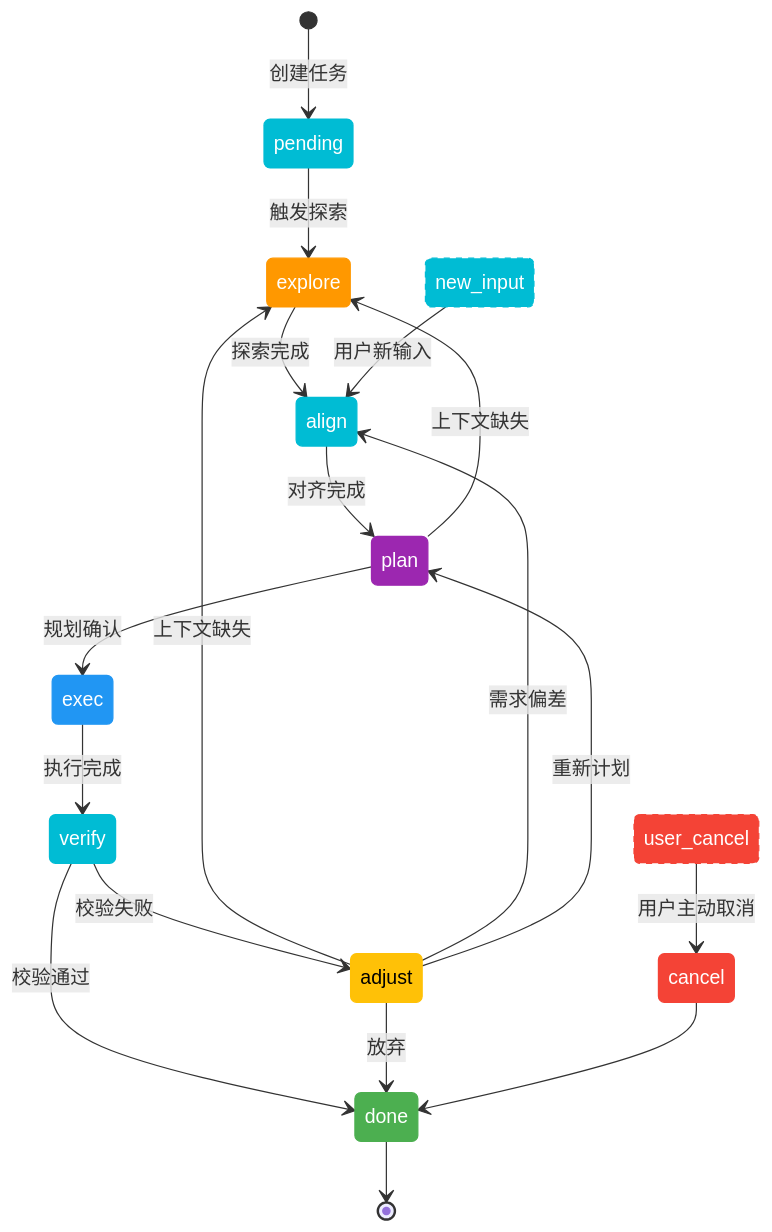
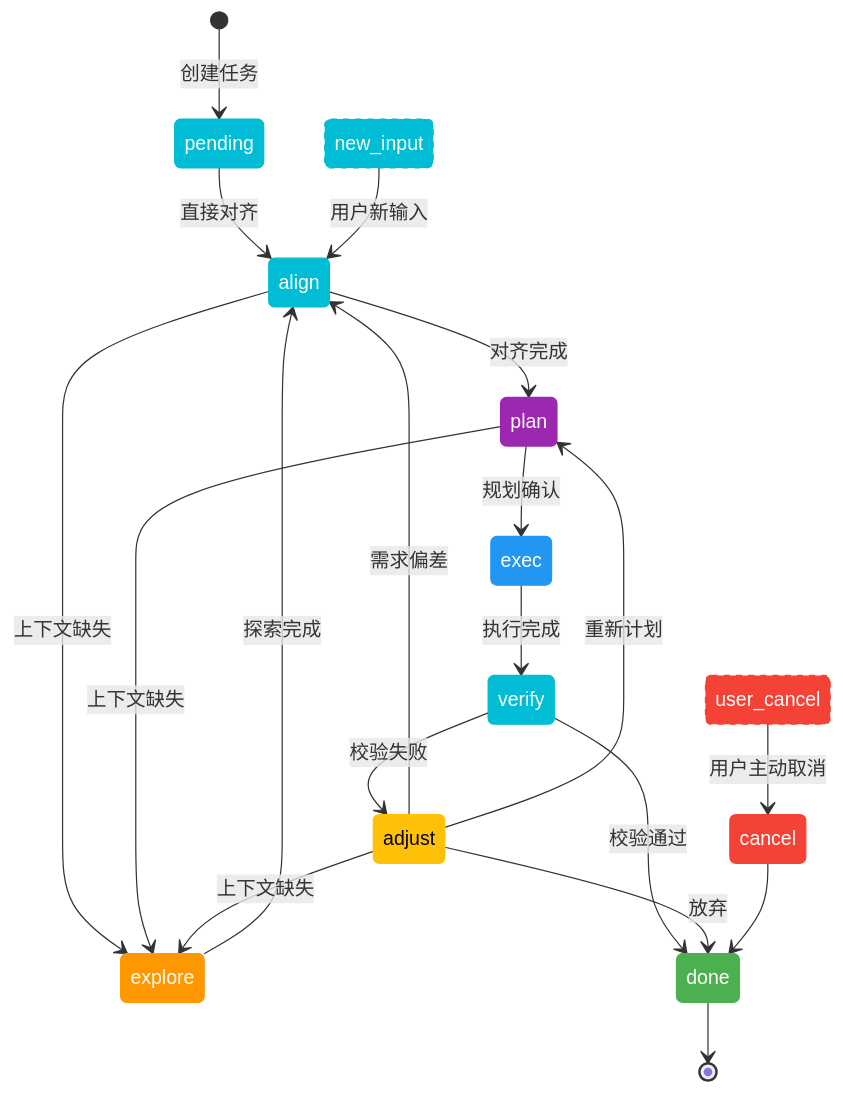
The diagram in plugins/tools/task/docs/状态管理.md (lazygophers/ccplugin), drawn with Mermaid before and after one commit. The commit also changed other lines of this file and 5 other files, not shown here.

````diff
--- a/plugins/tools/task/docs/状态管理.md
+++ b/plugins/tools/task/docs/状态管理.md
@@ -19,41 +19,42 @@
 ```mermaid
 stateDiagram-v2
     [*] --> pending: 创建任务
-    pending --> explore: 触发探索
+    pending --> align: 直接对齐
 
+    align --> explore: 上下文缺失
     explore --> align: 探索完成
 
     align --> plan: 对齐完成
 
     plan --> exec: 规划确认
     plan --> explore: 上下文缺失
 
     exec --> verify: 执行完成
 
     verify --> done: 校验通过
     verify --> adjust: 校验失败
 
     adjust --> explore: 上下文缺失
     adjust --> align: 需求偏差
     adjust --> plan: 重新计划
     adjust --> done: 放弃
 
     user_cancel --> cancel: 用户主动取消
     cancel --> done
 
     new_input --> align: 用户新输入
 
     done -->[*]
 
     style pending fill:#00BCD4,stroke:#00BCD4,color:#fff
     style explore fill:#FF9800,stroke:#FF9800,color:#fff
     style align fill:#00BCD4,stroke:#00BCD4,color:#fff
     style plan fill:#9C27B0,stroke:#9C27B0,color:#fff
     style exec fill:#2196F3,stroke:#2196F3,color:#fff
     style verify fill:#00BCD4,stroke:#00BCD4,color:#fff
     style adjust fill:#FFC107,stroke:#FFC107,color:#000
     style done fill:#4CAF50,stroke:#4CAF50,color:#fff
     style cancel fill:#F44336,stroke:#F44336,color:#fff
     style user_cancel fill:#F44336,stroke:#F44336,color:#fff,stroke-dasharray:5
     style new_input fill:#00BCD4,stroke:#00BCD4,color:#fff,stroke-dasharray:5
 ```
````
